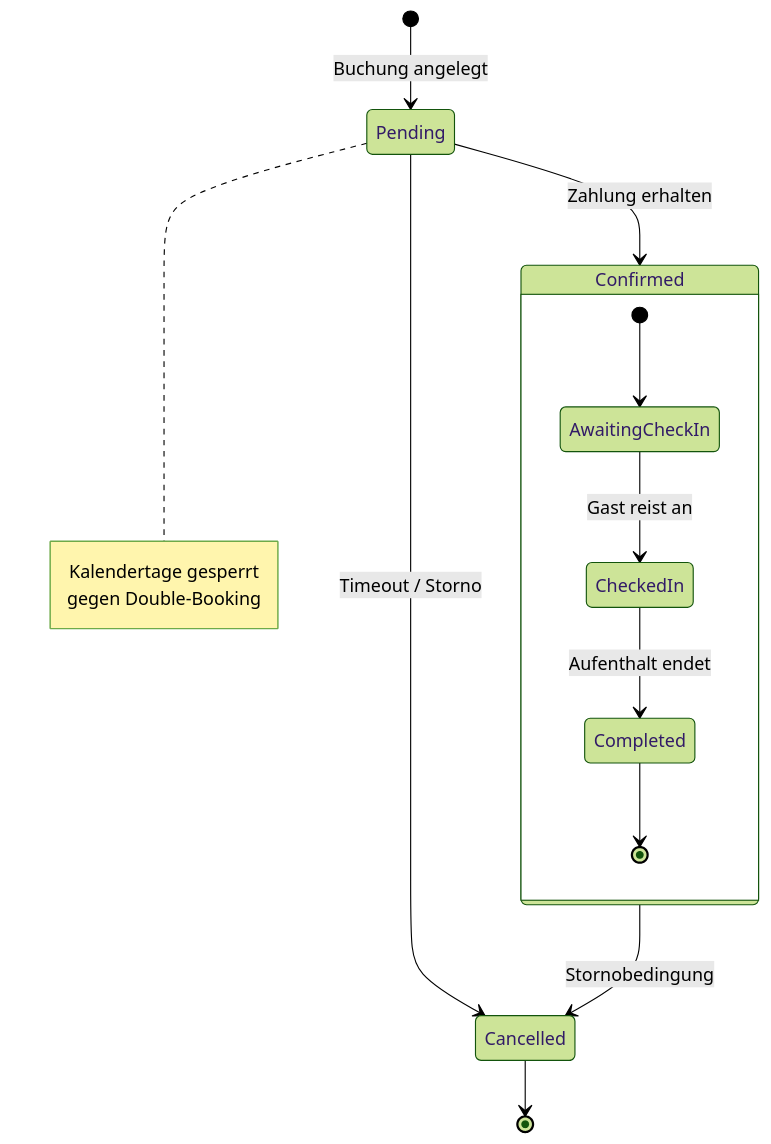
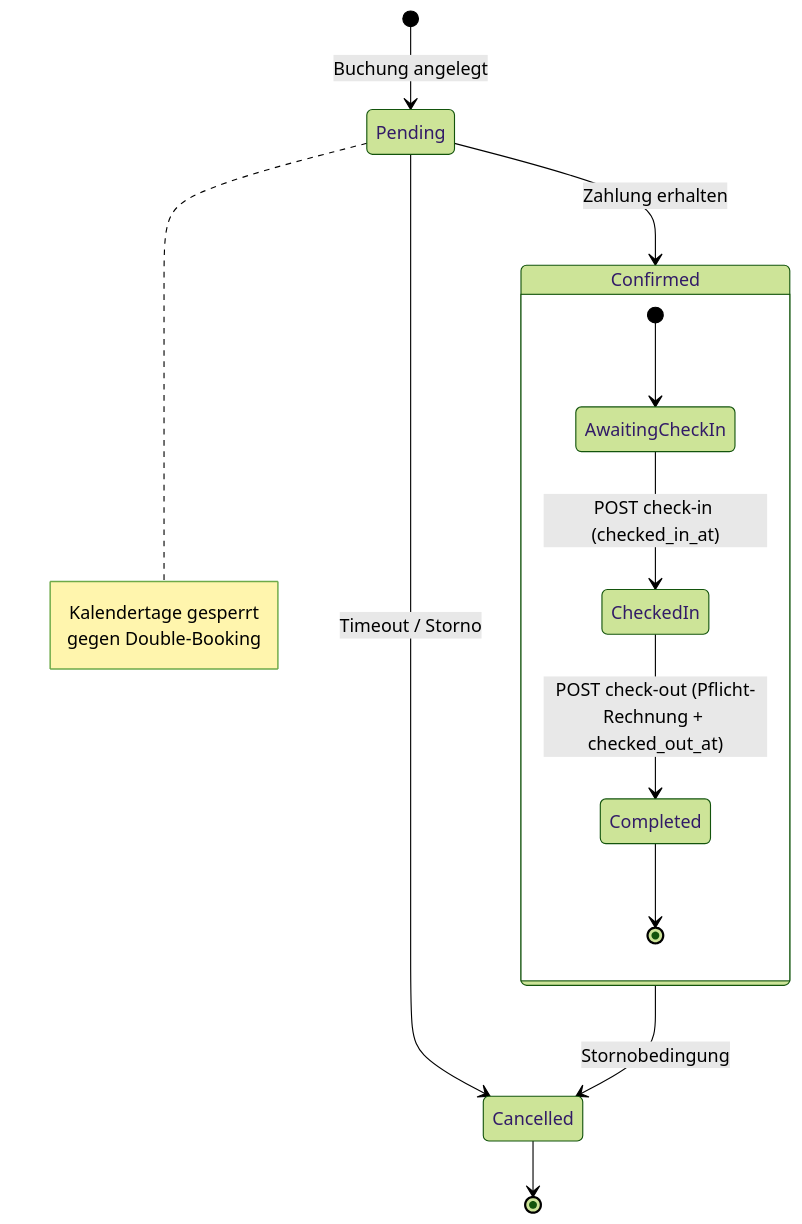
Before and after one commit to Andy1234567890-cmyk/NextDays: diagram 13 of 17 in docs/ARCHITECTURE.md, drawn with Mermaid (forest theme). The commit also changed other lines of this file and 73 other files, not shown here.

````diff
--- a/docs/ARCHITECTURE.md
+++ b/docs/ARCHITECTURE.md
@@ -905,21 +934,21 @@
 ```mermaid
 stateDiagram-v2
     [*] --> Pending: Buchung angelegt
     Pending --> Confirmed: Zahlung erhalten
     Pending --> Cancelled: Timeout / Storno
 
     state Confirmed {
         [*] --> AwaitingCheckIn
-        AwaitingCheckIn --> CheckedIn: Gast reist an
-        CheckedIn --> Completed: Aufenthalt endet
+        AwaitingCheckIn --> CheckedIn: POST check-in (checked_in_at)
+        CheckedIn --> Completed: POST check-out (Pflicht-Rechnung + checked_out_at)
         Completed --> [*]
     }
 
     Confirmed --> Cancelled: Stornobedingung
     Cancelled --> [*]
 
     note right of Pending
         Kalendertage gesperrt
         gegen Double-Booking
     end note
 ```
````
